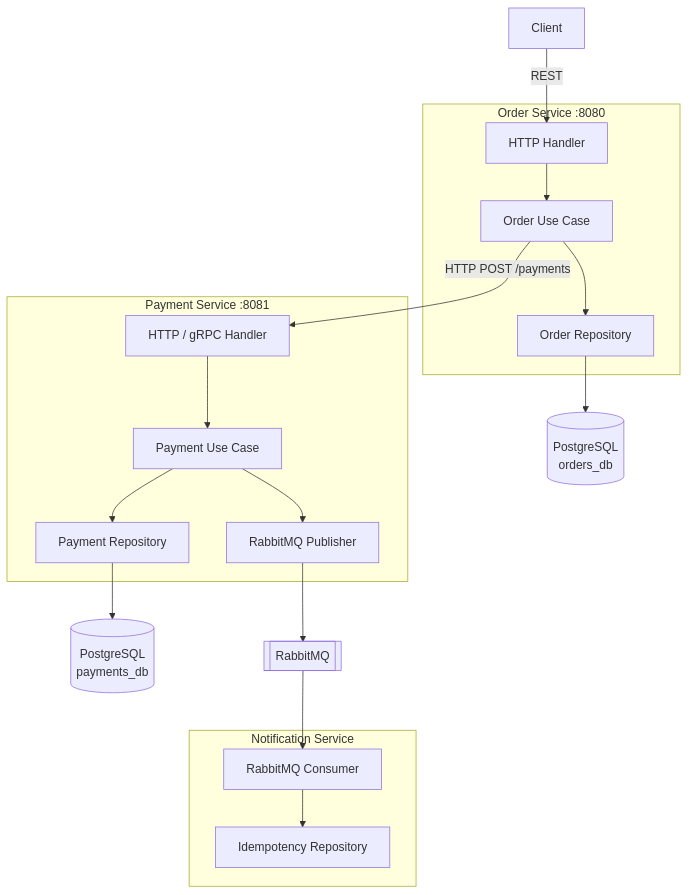
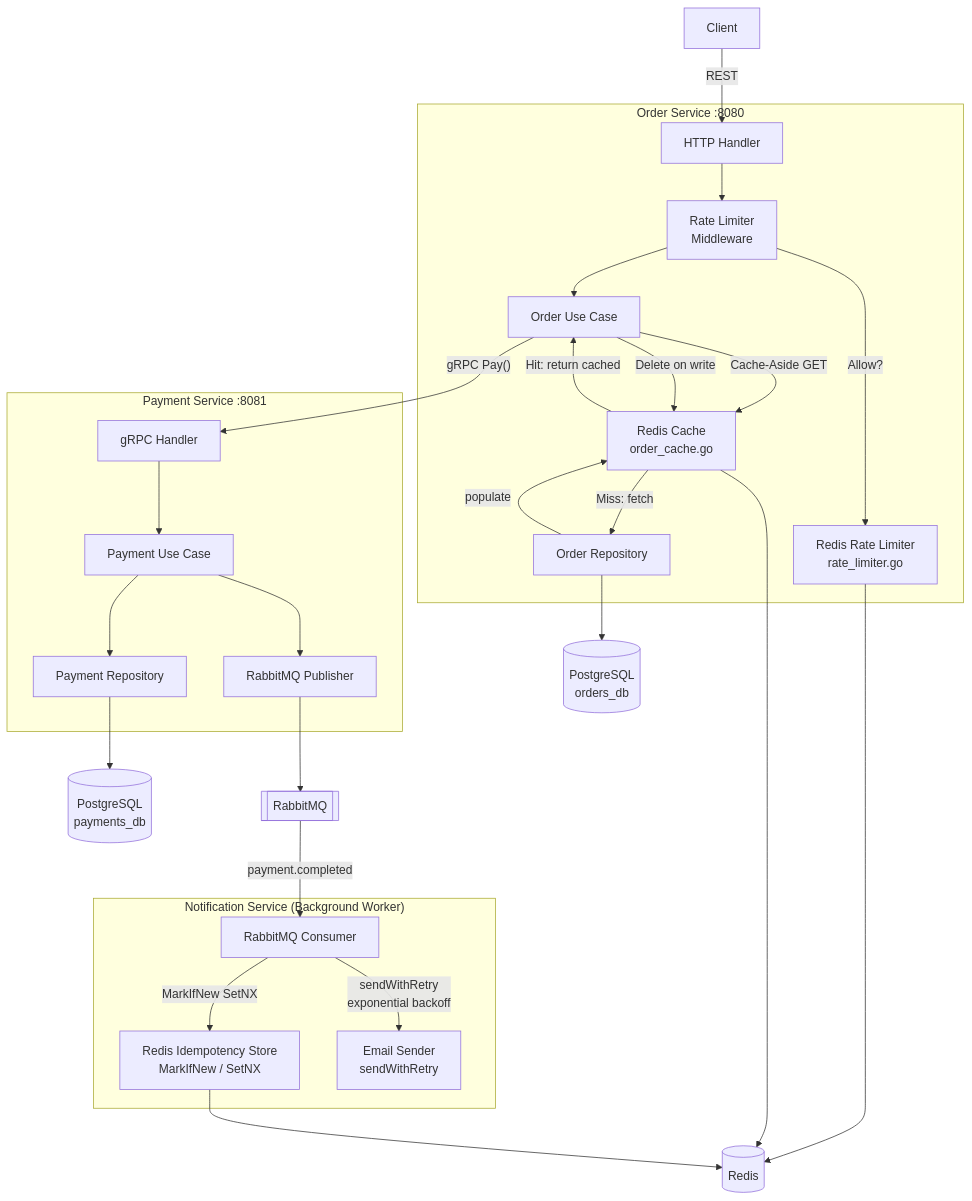
Before and after one commit to Oralkhan-coder/order-payment-microservice-go: the diagram in README.md, drawn with Mermaid. The commit also changed other lines of this file, not shown here.

````diff
--- a/README.md
+++ b/README.md
@@ -12,39 +12,58 @@
 ```mermaid
 flowchart TD
     Client["Client"]
 
     subgraph OrderSvc["Order Service :8080"]
         OH["HTTP Handler"]
+        RL["Rate Limiter\nMiddleware"]
         OS["Order Use Case"]
         OR["Order Repository"]
+        RC["Redis Cache\norder_cache.go"]
+        RateLimiterStore["Redis Rate Limiter\nrate_limiter.go"]
     end
 
     subgraph PaymentSvc["Payment Service :8081"]
-        PH["HTTP / gRPC Handler"]
+        PH["gRPC Handler"]
         PS["Payment Use Case"]
         PR["Payment Repository"]
         MQ["RabbitMQ Publisher"]
     end
 
-    subgraph NotifSvc["Notification Service"]
+    subgraph NotifSvc["Notification Service (Background Worker)"]
         NC["RabbitMQ Consumer"]
-        NR["Idempotency Repository"]
+        NR["Redis Idempotency Store\nMarkIfNew / SetNX"]
+        ES["Email Sender\nsendWithRetry"]
     end
 
     ODB[("PostgreSQL\norders_db")]
     PDB[("PostgreSQL\npayments_db")]
+    Redis[("Redis")]
     RabbitMQ[["RabbitMQ"]]
 
     Client -->|"REST"| OH
-    OH --> OS
-    OS --> OR
+    OH --> RL
+    RL -->|"Allow?"| RateLimiterStore
+    RateLimiterStore --> Redis
+    RL --> OS
+
+    OS -->|"Cache-Aside GET"| RC
+    RC -->|"Hit: return cached"| OS
+    RC -->|"Miss: fetch"| OR
     OR --> ODB
-    OS -->|"HTTP POST /payments"| PH
+    OR -->|"populate"| RC
+    RC --> Redis
+
+    OS -->|"gRPC Pay()"| PH
     PH --> PS
     PS --> PR
     PR --> PDB
     PS --> MQ
     MQ --> RabbitMQ
-    RabbitMQ --> NC
-    NC --> NR
+
+    OS -->|"Delete on write"| RC
+
+    RabbitMQ -->|"payment.completed"| NC
+    NC -->|"MarkIfNew SetNX"| NR
+    NR --> Redis
+    NC -->|"sendWithRetry\nexponential backoff"| ES
 ```
````
